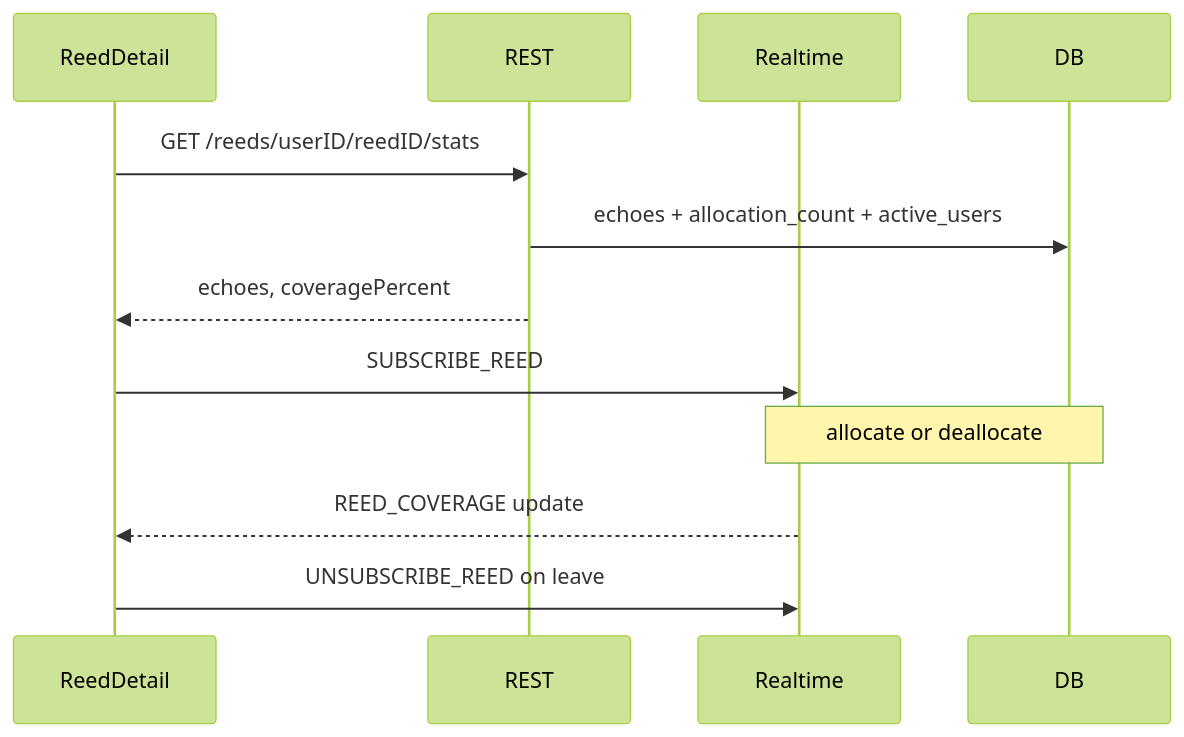
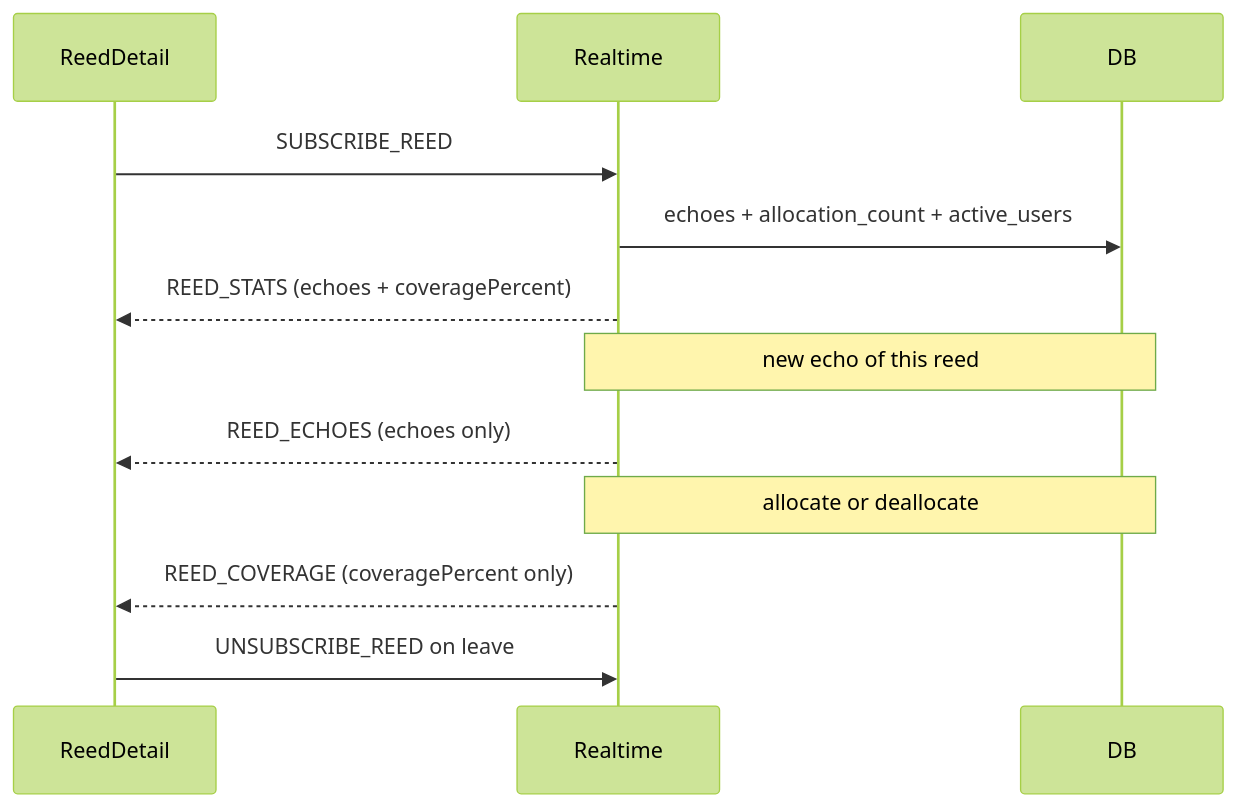
Before and after one commit to var0xyz/syrinx: the diagram in specs/coverage/00_design.md, drawn with Mermaid (forest theme). The commit also changed other lines of this file and 18 other files, not shown here.

````diff
--- a/specs/coverage/00_design.md
+++ b/specs/coverage/00_design.md
@@ -96,15 +85,15 @@
 ```mermaid
 sequenceDiagram
   participant SPA as ReedDetail
-  participant API as REST
   participant WS as Realtime
   participant DB as DB
 
-  SPA->>API: GET /reeds/userID/reedID/stats
-  API->>DB: echoes + allocation_count + active_users
-  API-->>SPA: echoes, coveragePercent
   SPA->>WS: SUBSCRIBE_REED
+  WS->>DB: echoes + allocation_count + active_users
+  WS-->>SPA: REED_STATS (echoes + coveragePercent)
+  Note over WS,DB: new echo of this reed
+  WS-->>SPA: REED_ECHOES (echoes only)
   Note over WS,DB: allocate or deallocate
-  WS-->>SPA: REED_COVERAGE update
+  WS-->>SPA: REED_COVERAGE (coveragePercent only)
   SPA->>WS: UNSUBSCRIBE_REED on leave
 ```
````
